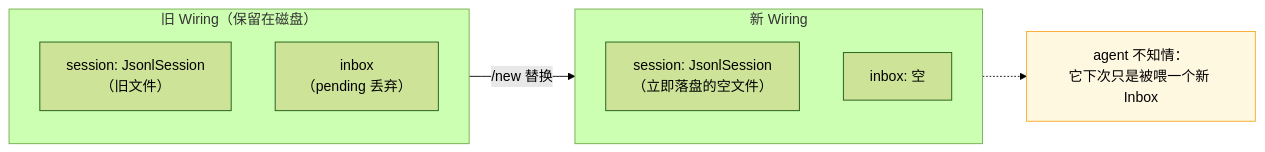
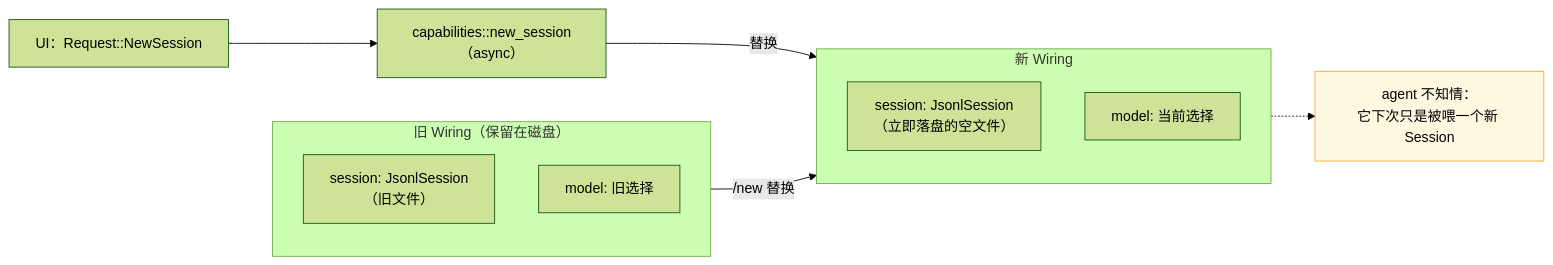
One commit to zsdfbb/YuShan changed diagram 12 of 15 in docs/architecture.md. Above: the diagram before and after it, drawn with Mermaid (forest theme). The commit also changed other lines of this file and 83 other files, not shown here.

````diff
--- a/docs/architecture.md
+++ b/docs/architecture.md
@@ -448,19 +550,21 @@
 ```mermaid
 flowchart LR
     subgraph OLD["旧 Wiring（保留在磁盘）"]
         OS["session: JsonlSession<br/>（旧文件）"]
-        OI["inbox<br/>（pending 丢弃）"]
+        OM["model: 旧选择"]
     end
 
     subgraph NEW["新 Wiring"]
         NS["session: JsonlSession<br/>（立即落盘的空文件）"]
-        NI["inbox: 空"]
+        NM["model: 当前选择"]
     end
 
+    UI["UI：Request::NewSession"] --> CAP["capabilities::new_session（async）"]
+    CAP -->|替换| NEW
     OLD -->|"/new 替换"| NEW
 
-    NOTE["agent 不知情：<br/>它下次只是被喂一个新 Inbox"]:::note
+    NOTE["agent 不知情：<br/>它下次只是被喂一个新 Session"]:::note
     NEW -.-> NOTE
 
     classDef note fill:#fff8e1,stroke:#f9a825
 ```
````
